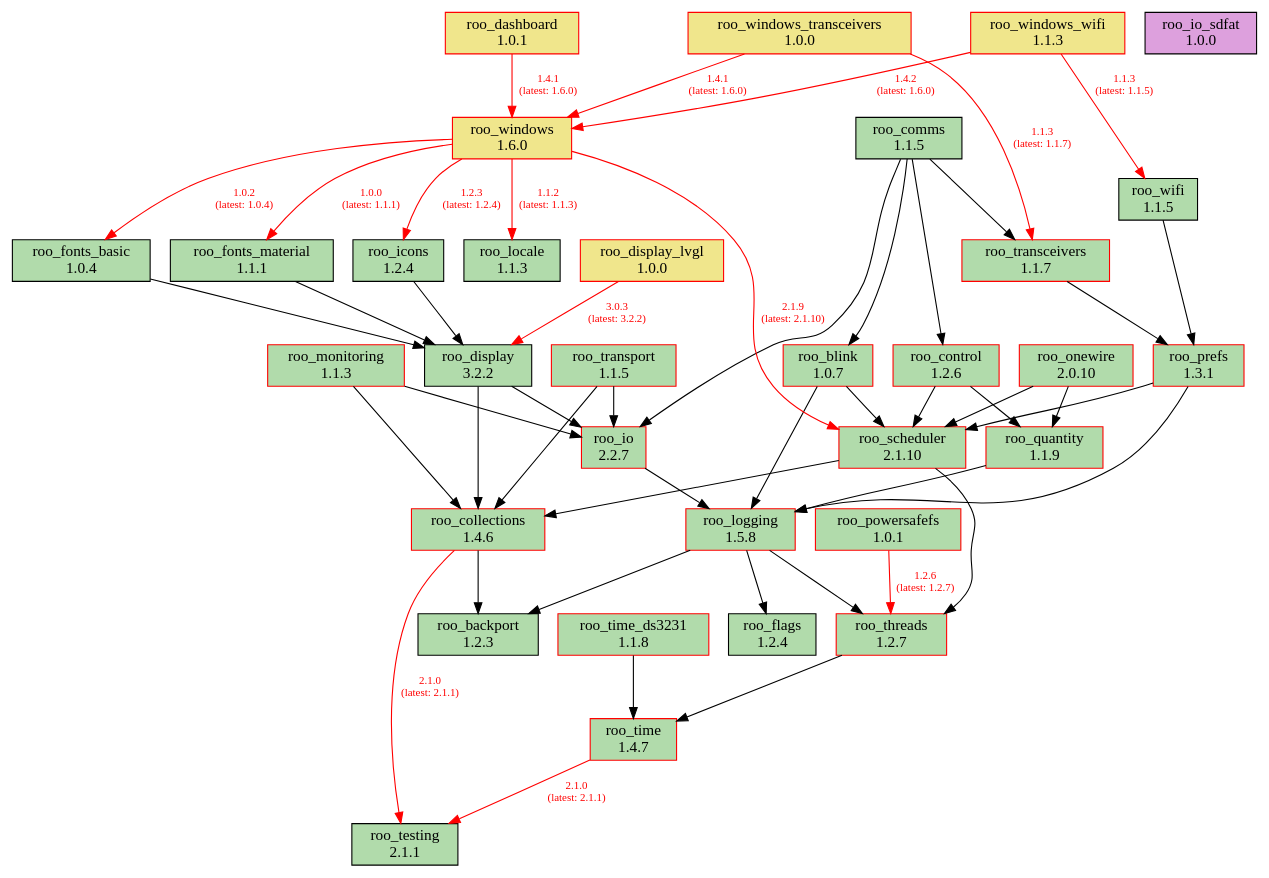
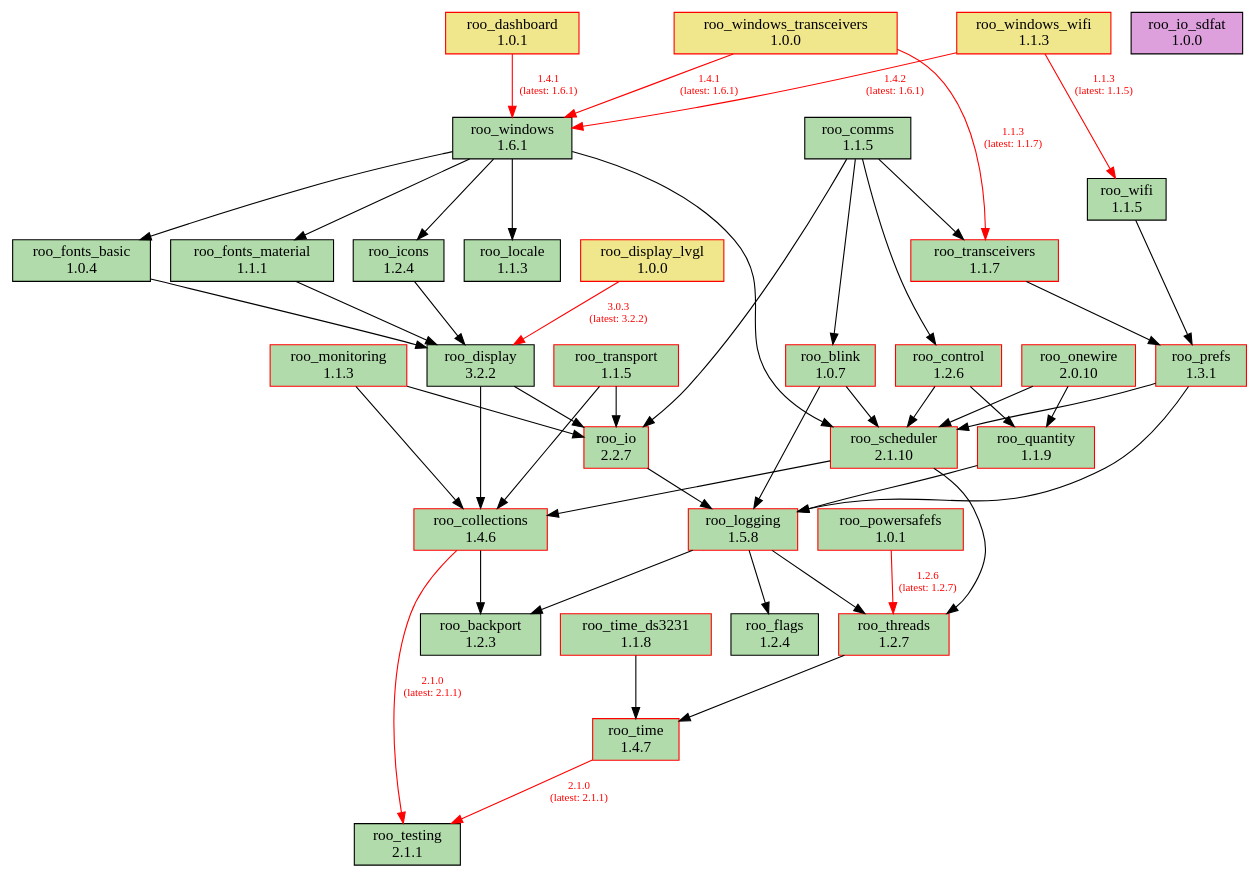
One commit to dejwk/roo-registry changed the diagram in doc/dependencies.dot. Above: the diagram before and after it, drawn with Graphviz. The commit also changed 3 other files, not shown here.

Commit message:
Added roo_windows 1.6.1 to the registry.

```diff
--- a/doc/dependencies.dot
+++ b/doc/dependencies.dot
@@ -1,88 +1,88 @@
 digraph dependencies {
     rankdir=TB;
     node [shape=box, style=filled];
     edge [fontsize=10];
 
     // Modules
     "roo_backport" [label="roo_backport\n1.2.3", fillcolor="#b1dbab", color="black"];
     "roo_blink" [label="roo_blink\n1.0.7", fillcolor="#b1dbab", color="red"];
     "roo_collections" [label="roo_collections\n1.4.6", fillcolor="#b1dbab", color="red"];
     "roo_comms" [label="roo_comms\n1.1.5", fillcolor="#b1dbab", color="black"];
     "roo_control" [label="roo_control\n1.2.6", fillcolor="#b1dbab", color="red"];
     "roo_dashboard" [label="roo_dashboard\n1.0.1", fillcolor="khaki", color="red"];
     "roo_display" [label="roo_display\n3.2.2", fillcolor="#b1dbab", color="black"];
     "roo_display_lvgl" [label="roo_display_lvgl\n1.0.0", fillcolor="khaki", color="red"];
     "roo_flags" [label="roo_flags\n1.2.4", fillcolor="#b1dbab", color="black"];
     "roo_fonts_basic" [label="roo_fonts_basic\n1.0.4", fillcolor="#b1dbab", color="black"];
     "roo_fonts_material" [label="roo_fonts_material\n1.1.1", fillcolor="#b1dbab", color="black"];
     "roo_icons" [label="roo_icons\n1.2.4", fillcolor="#b1dbab", color="black"];
     "roo_io" [label="roo_io\n2.2.7", fillcolor="#b1dbab", color="red"];
     "roo_io_sdfat" [label="roo_io_sdfat\n1.0.0", fillcolor="plum", color="black"];
     "roo_locale" [label="roo_locale\n1.1.3", fillcolor="#b1dbab", color="black"];
     "roo_logging" [label="roo_logging\n1.5.8", fillcolor="#b1dbab", color="red"];
     "roo_monitoring" [label="roo_monitoring\n1.1.3", fillcolor="#b1dbab", color="red"];
     "roo_onewire" [label="roo_onewire\n2.0.10", fillcolor="#b1dbab", color="red"];
     "roo_powersafefs" [label="roo_powersafefs\n1.0.1", fillcolor="#b1dbab", color="red"];
     "roo_prefs" [label="roo_prefs\n1.3.1", fillcolor="#b1dbab", color="red"];
     "roo_quantity" [label="roo_quantity\n1.1.9", fillcolor="#b1dbab", color="red"];
     "roo_scheduler" [label="roo_scheduler\n2.1.10", fillcolor="#b1dbab", color="red"];
     "roo_testing" [label="roo_testing\n2.1.1", fillcolor="#b1dbab", color="black"];
     "roo_threads" [label="roo_threads\n1.2.7", fillcolor="#b1dbab", color="red"];
     "roo_time" [label="roo_time\n1.4.7", fillcolor="#b1dbab", color="red"];
     "roo_time_ds3231" [label="roo_time_ds3231\n1.1.8", fillcolor="#b1dbab", color="red"];
     "roo_transceivers" [label="roo_transceivers\n1.1.7", fillcolor="#b1dbab", color="red"];
     "roo_transport" [label="roo_transport\n1.1.5", fillcolor="#b1dbab", color="red"];
     "roo_wifi" [label="roo_wifi\n1.1.5", fillcolor="#b1dbab", color="black"];
-    "roo_windows" [label="roo_windows\n1.6.0", fillcolor="khaki", color="red"];
+    "roo_windows" [label="roo_windows\n1.6.1", fillcolor="#b1dbab", color="black"];
     "roo_windows_transceivers" [label="roo_windows_transceivers\n1.0.0", fillcolor="khaki", color="red"];
     "roo_windows_wifi" [label="roo_windows_wifi\n1.1.3", fillcolor="khaki", color="red"];
 
     // Dependencies
     "roo_blink" -> "roo_logging";
     "roo_blink" -> "roo_scheduler";
     "roo_collections" -> "roo_testing" [color=red, fontcolor=red, label="2.1.0\n(latest: 2.1.1)"];
     "roo_collections" -> "roo_backport";
     "roo_comms" -> "roo_blink";
     "roo_comms" -> "roo_control";
     "roo_comms" -> "roo_io";
     "roo_comms" -> "roo_transceivers";
     "roo_control" -> "roo_quantity";
     "roo_control" -> "roo_scheduler";
-    "roo_dashboard" -> "roo_windows" [color=red, fontcolor=red, label="1.4.1\n(latest: 1.6.0)"];
+    "roo_dashboard" -> "roo_windows" [color=red, fontcolor=red, label="1.4.1\n(latest: 1.6.1)"];
     "roo_display" -> "roo_collections";
     "roo_display" -> "roo_io";
     "roo_display_lvgl" -> "roo_display" [color=red, fontcolor=red, label="3.0.3\n(latest: 3.2.2)"];
     "roo_fonts_basic" -> "roo_display";
     "roo_fonts_material" -> "roo_display";
     "roo_icons" -> "roo_display";
     "roo_io" -> "roo_logging";
     "roo_logging" -> "roo_backport";
     "roo_logging" -> "roo_flags";
     "roo_logging" -> "roo_threads";
     "roo_monitoring" -> "roo_collections";
     "roo_monitoring" -> "roo_io";
     "roo_onewire" -> "roo_scheduler";
     "roo_onewire" -> "roo_quantity";
     "roo_powersafefs" -> "roo_threads" [color=red, fontcolor=red, label="1.2.6\n(latest: 1.2.7)"];
     "roo_prefs" -> "roo_logging";
     "roo_prefs" -> "roo_scheduler";
     "roo_quantity" -> "roo_logging";
     "roo_scheduler" -> "roo_collections";
     "roo_scheduler" -> "roo_threads";
     "roo_threads" -> "roo_time";
     "roo_time" -> "roo_testing" [color=red, fontcolor=red, label="2.1.0\n(latest: 2.1.1)"];
     "roo_time_ds3231" -> "roo_time";
     "roo_transceivers" -> "roo_prefs";
     "roo_transport" -> "roo_collections";
     "roo_transport" -> "roo_io";
     "roo_wifi" -> "roo_prefs";
-    "roo_windows" -> "roo_fonts_basic" [color=red, fontcolor=red, label="1.0.2\n(latest: 1.0.4)"];
-    "roo_windows" -> "roo_fonts_material" [color=red, fontcolor=red, label="1.0.0\n(latest: 1.1.1)"];
-    "roo_windows" -> "roo_locale" [color=red, fontcolor=red, label="1.1.2\n(latest: 1.1.3)"];
-    "roo_windows" -> "roo_icons" [color=red, fontcolor=red, label="1.2.3\n(latest: 1.2.4)"];
-    "roo_windows" -> "roo_scheduler" [color=red, fontcolor=red, label="2.1.9\n(latest: 2.1.10)"];
+    "roo_windows" -> "roo_fonts_basic";
+    "roo_windows" -> "roo_fonts_material";
+    "roo_windows" -> "roo_locale";
+    "roo_windows" -> "roo_icons";
+    "roo_windows" -> "roo_scheduler";
     "roo_windows_transceivers" -> "roo_transceivers" [color=red, fontcolor=red, label="1.1.3\n(latest: 1.1.7)"];
-    "roo_windows_transceivers" -> "roo_windows" [color=red, fontcolor=red, label="1.4.1\n(latest: 1.6.0)"];
+    "roo_windows_transceivers" -> "roo_windows" [color=red, fontcolor=red, label="1.4.1\n(latest: 1.6.1)"];
     "roo_windows_wifi" -> "roo_wifi" [color=red, fontcolor=red, label="1.1.3\n(latest: 1.1.5)"];
-    "roo_windows_wifi" -> "roo_windows" [color=red, fontcolor=red, label="1.4.2\n(latest: 1.6.0)"];
+    "roo_windows_wifi" -> "roo_windows" [color=red, fontcolor=red, label="1.4.2\n(latest: 1.6.1)"];
 }
```
